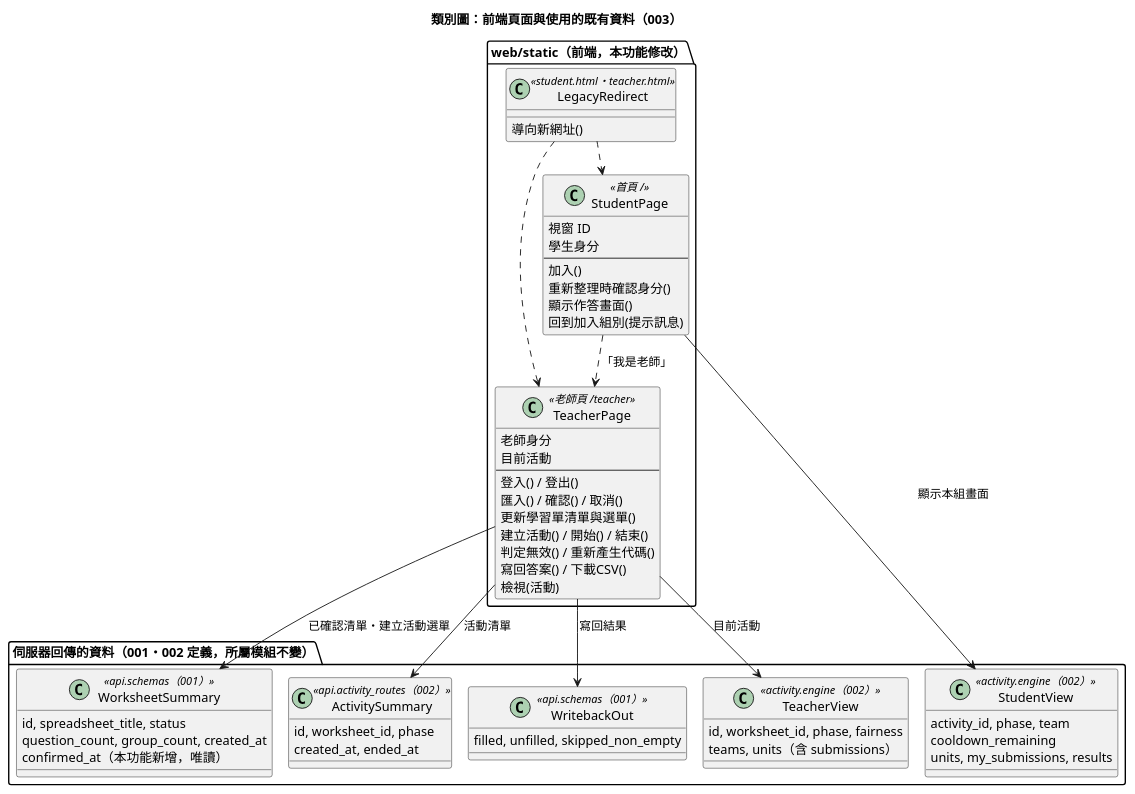
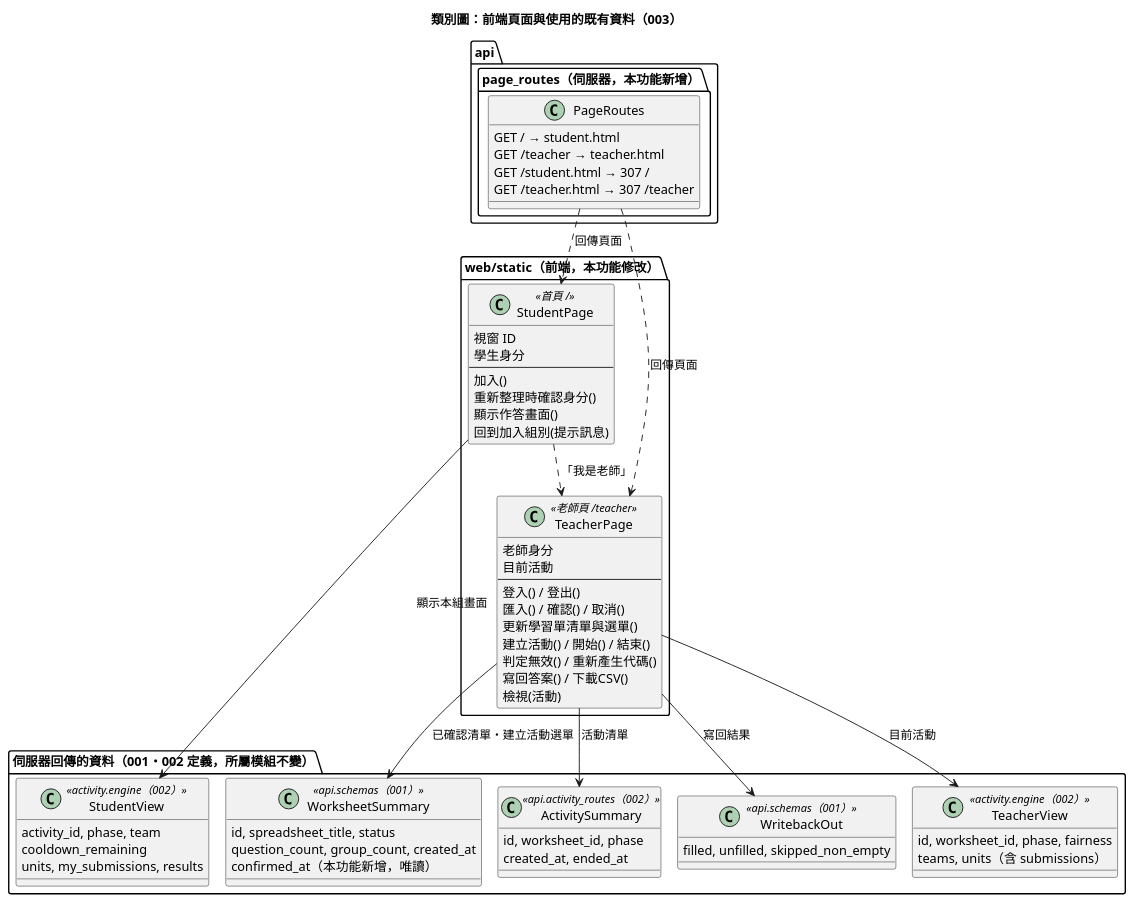
Before and after one commit to silverwind63/SEFinal: the diagram in diagrams/003-align-entry-pages/04-class.puml, drawn with PlantUML. The commit also changed 13 other files, not shown here.

First line of the commit message:
docs(003): 同步文件與圖表、記錄驗證結果（Phase 4）

```diff
--- a/diagrams/003-align-entry-pages/04-class.puml
+++ b/diagrams/003-align-entry-pages/04-class.puml
@@ -1,61 +1,66 @@
 @startuml
 !pragma layout smetana
 title 類別圖：前端頁面與使用的既有資料（003）
 package "web/static（前端，本功能修改）" {
   class StudentPage <<首頁 />> {
     視窗 ID
     學生身分
     --
     加入()
     重新整理時確認身分()
     顯示作答畫面()
     回到加入組別(提示訊息)
   }
   class TeacherPage <<老師頁 /teacher>> {
     老師身分
     目前活動
     --
     登入() / 登出()
     匯入() / 確認() / 取消()
     更新學習單清單與選單()
     建立活動() / 開始() / 結束()
     判定無效() / 重新產生代碼()
     寫回答案() / 下載CSV()
     檢視(活動)
   }
-  class LegacyRedirect <<student.html・teacher.html>> {
-    導向新網址()
+}
+package "api.page_routes（伺服器，本功能新增）" {
+  class PageRoutes {
+    GET / → student.html
+    GET /teacher → teacher.html
+    GET /student.html → 307 /
+    GET /teacher.html → 307 /teacher
   }
 }
 package "伺服器回傳的資料（001・002 定義，所屬模組不變）" {
   class StudentView <<activity.engine（002）>> {
     activity_id, phase, team
     cooldown_remaining
     units, my_submissions, results
   }
   class TeacherView <<activity.engine（002）>> {
     id, worksheet_id, phase, fairness
     teams, units（含 submissions）
   }
   class WorksheetSummary <<api.schemas（001）>> {
     id, spreadsheet_title, status
     question_count, group_count, created_at
     confirmed_at（本功能新增，唯讀）
   }
   class ActivitySummary <<api.activity_routes（002）>> {
     id, worksheet_id, phase
     created_at, ended_at
   }
   class WritebackOut <<api.schemas（001）>> {
     filled, unfilled, skipped_non_empty
   }
 }
 StudentPage --> StudentView : 顯示本組畫面
 StudentPage ..> TeacherPage : 「我是老師」
 TeacherPage --> TeacherView : 目前活動
 TeacherPage --> WorksheetSummary : 已確認清單・建立活動選單
 TeacherPage --> ActivitySummary : 活動清單
 TeacherPage --> WritebackOut : 寫回結果
-LegacyRedirect ..> StudentPage
-LegacyRedirect ..> TeacherPage
+PageRoutes ..> StudentPage : 回傳頁面
+PageRoutes ..> TeacherPage : 回傳頁面
 @enduml
```
